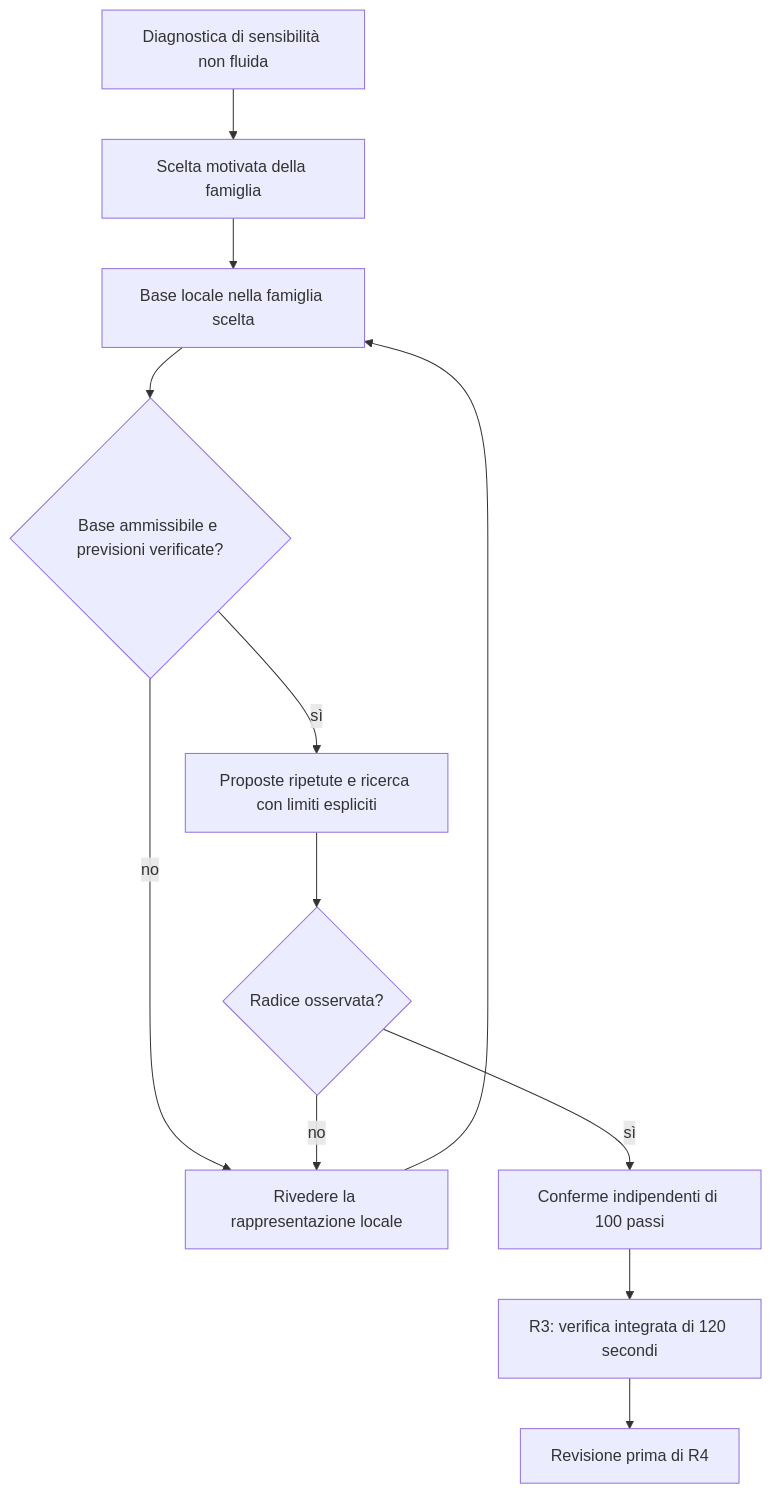
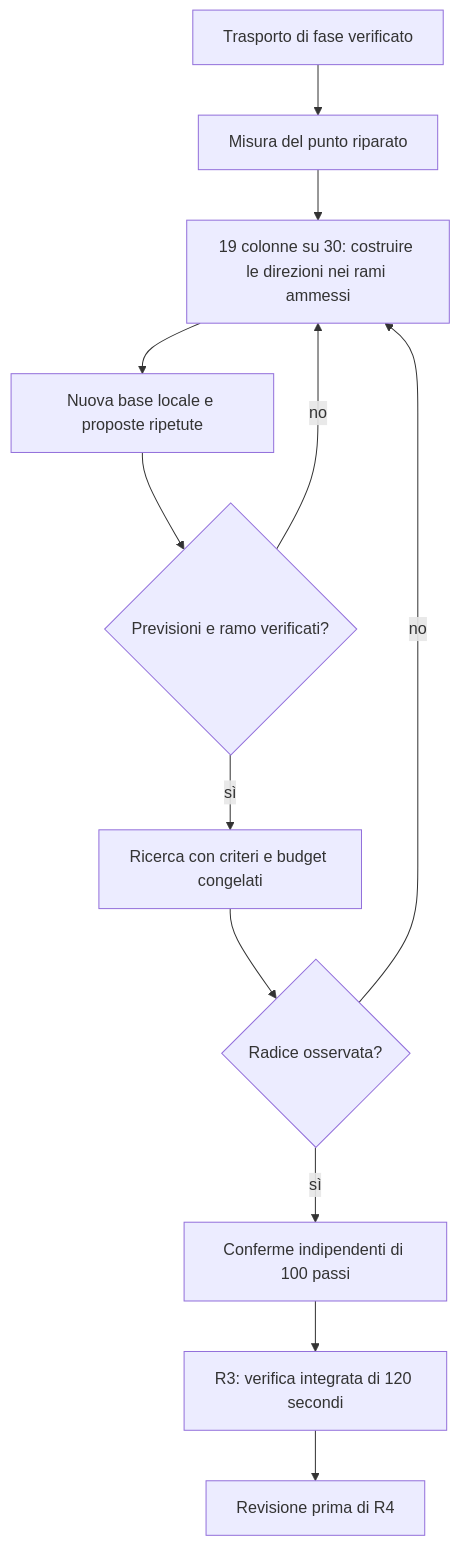
Before and after one commit to archistico/NuclearReactorSimulator: the first of 2 diagrams in docs/ROADMAP.md, drawn with Mermaid. The commit also changed other lines of this file and 95 other files, not shown here.

````diff
--- a/docs/ROADMAP.md
+++ b/docs/ROADMAP.md
@@ -59,14 +56,14 @@
 ```mermaid
 flowchart TD
-    S["Diagnostica di sensibilità non fluida"] --> T["Scelta motivata della famiglia"]
-    T --> A["Base locale nella famiglia scelta"]
-    A --> B{"Base ammissibile e previsioni verificate?"}
-    B -->|"no"| R["Rivedere la rappresentazione locale"]
-    R --> A
-    B -->|"sì"| C["Proposte ripetute e ricerca con limiti espliciti"]
+    R["Trasporto di fase verificato"] --> M["Misura del punto riparato"]
+    M --> S["19 colonne su 30: costruire le direzioni nei rami ammessi"]
+    S --> A["Nuova base locale e proposte ripetute"]
+    A --> B{"Previsioni e ramo verificati?"}
+    B -->|"no"| S
+    B -->|"sì"| C["Ricerca con criteri e budget congelati"]
     C --> D{"Radice osservata?"}
-    D -->|"no"| R
+    D -->|"no"| S
     D -->|"sì"| E["Conferme indipendenti di 100 passi"]
     E --> F["R3: verifica integrata di 120 secondi"]
     F --> G["Revisione prima di R4"]
 ```
````
